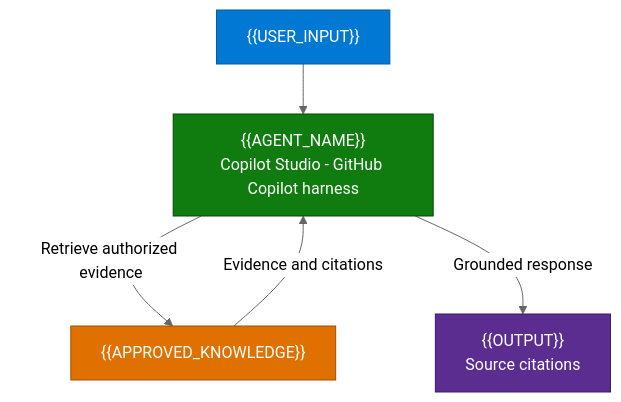
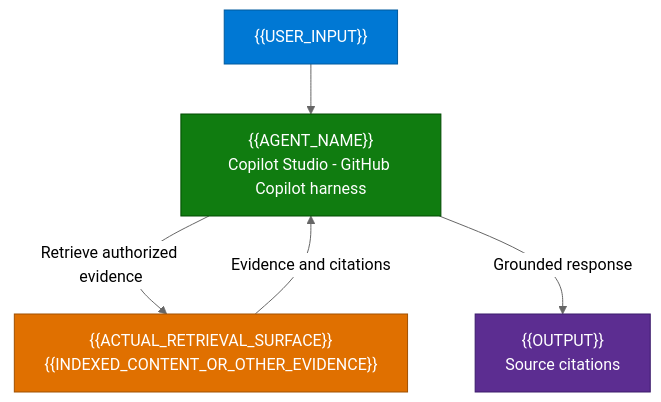
One commit to petepuu/ai-agent-runbooks changed the diagram in .github/skills/ghcp-scenario-authoring/templates/1.Overview.md. Above: the diagram before and after it, drawn with Mermaid (neutral theme). The commit also changed other lines of this file and 8 other files, not shown here.

````diff
--- a/.github/skills/ghcp-scenario-authoring/templates/1.Overview.md
+++ b/.github/skills/ghcp-scenario-authoring/templates/1.Overview.md
@@ -41,15 +42,15 @@
 ```mermaid
 flowchart TD
     U["{{USER_INPUT}}"]
     A["{{AGENT_NAME}}<br/>Copilot Studio - GitHub Copilot harness"]
-    K["{{APPROVED_KNOWLEDGE}}"]
+    K["{{ACTUAL_RETRIEVAL_SURFACE}}<br/>{{INDEXED_CONTENT_OR_OTHER_EVIDENCE}}"]
     R["{{OUTPUT}}<br/>Source citations"]
     U --> A
     A -->|"Retrieve authorized evidence"| K
     K -->|"Evidence and citations"| A
     A -->|"Grounded response"| R
     style U fill:#0078D4,color:#fff,stroke:#005A9E
     style A fill:#107C10,color:#fff,stroke:#004B00
     style K fill:#E07000,color:#fff,stroke:#A05000
     style R fill:#5C2D91,color:#fff,stroke:#3B1A6B
 ```
````
